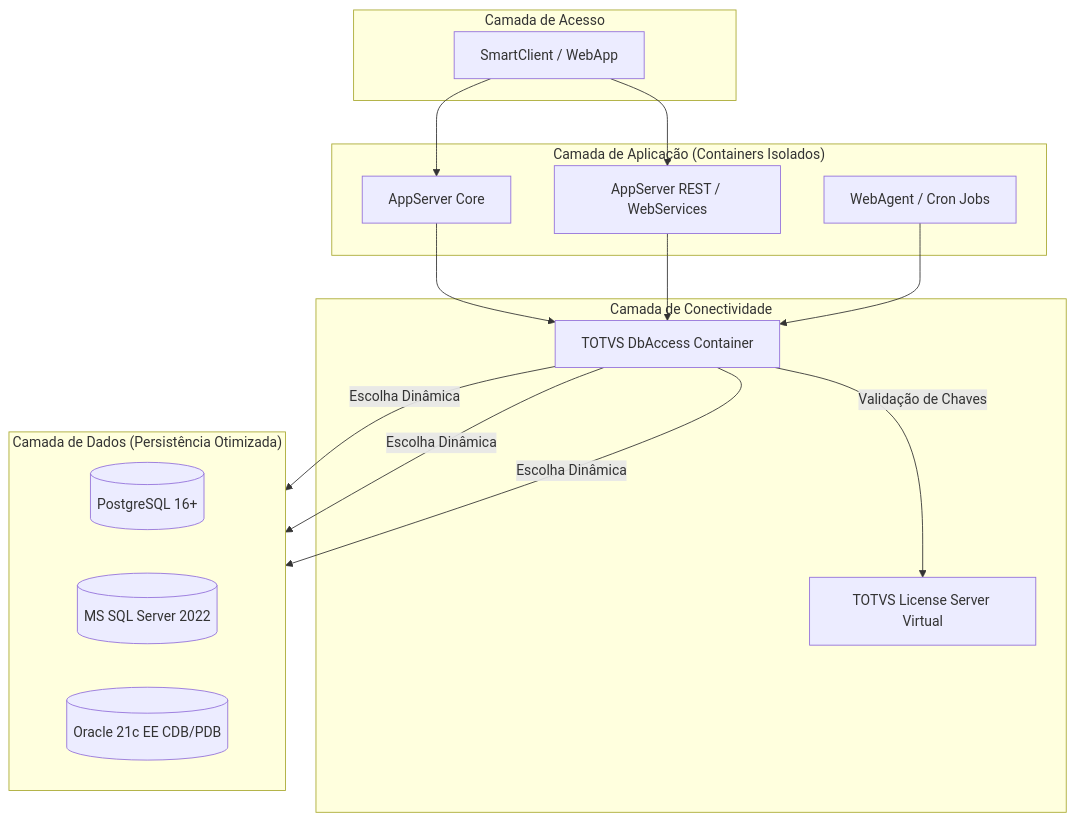
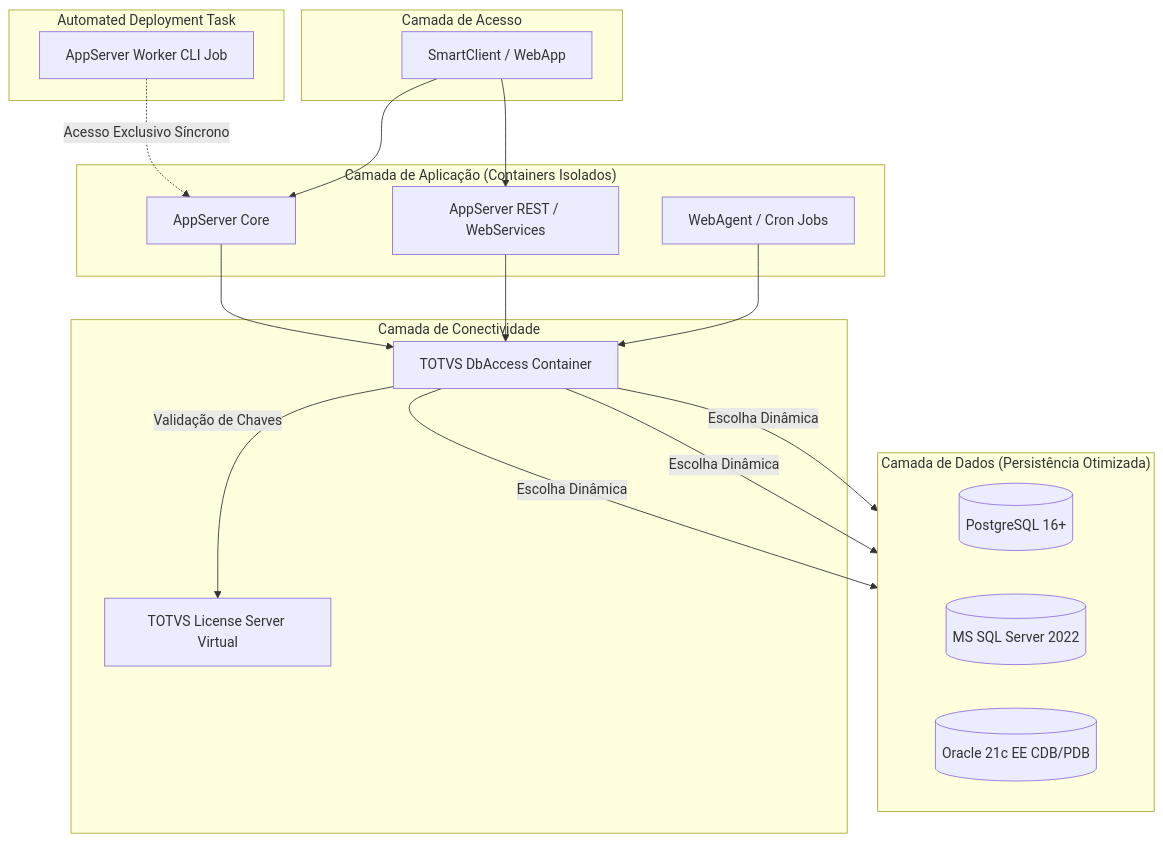
The diagram in README.md (rodrigomicrosiga/totvs-protheus-modern-devops), drawn with Mermaid before and after one commit. The commit also changed other lines of this file, not shown here.

````diff
--- a/README.md
+++ b/README.md
@@ -13,34 +13,39 @@
 ```mermaid
 graph TD
     subgraph Cliente ["Camada de Acesso"]
         SC[SmartClient / WebApp]
     end
 
     subgraph Core ["Camada de Aplicação (Containers Isolados)"]
         APP[AppServer Core]
         WR[AppServer REST / WebServices]
         WA[WebAgent / Cron Jobs]
+    end
+
+    subgraph Automation ["Automated Deployment Task"]
+        WKR[AppServer Worker CLI Job]
     end
 
     subgraph Integration ["Camada de Conectividade"]
         DBA[TOTVS DbAccess Container]
         LIC[TOTVS License Server Virtual]
     end
 
     subgraph Data ["Camada de Dados (Persistência Otimizada)"]
         direction LR
         PG[(PostgreSQL 16+)]
         MS[(MS SQL Server 2022)]
         OR[(Oracle 21c EE CDB/PDB)]
     end
 
     SC --> APP
     SC --> WR
+    WKR -.->|Acesso Exclusivo Síncrono| APP
     APP --> DBA
     WR --> DBA
     WA --> DBA
     DBA -->|Validação de Chaves| LIC
     DBA -->|Escolha Dinâmica| PG
     DBA -->|Escolha Dinâmica| MS
     DBA -->|Escolha Dinâmica| OR
 ```
````
